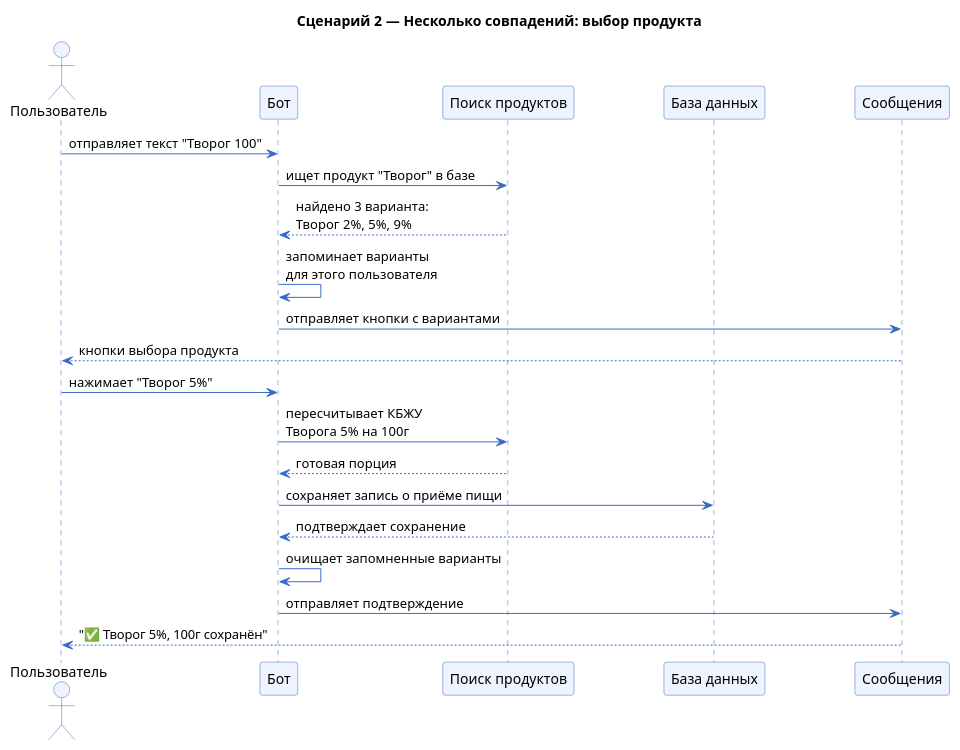
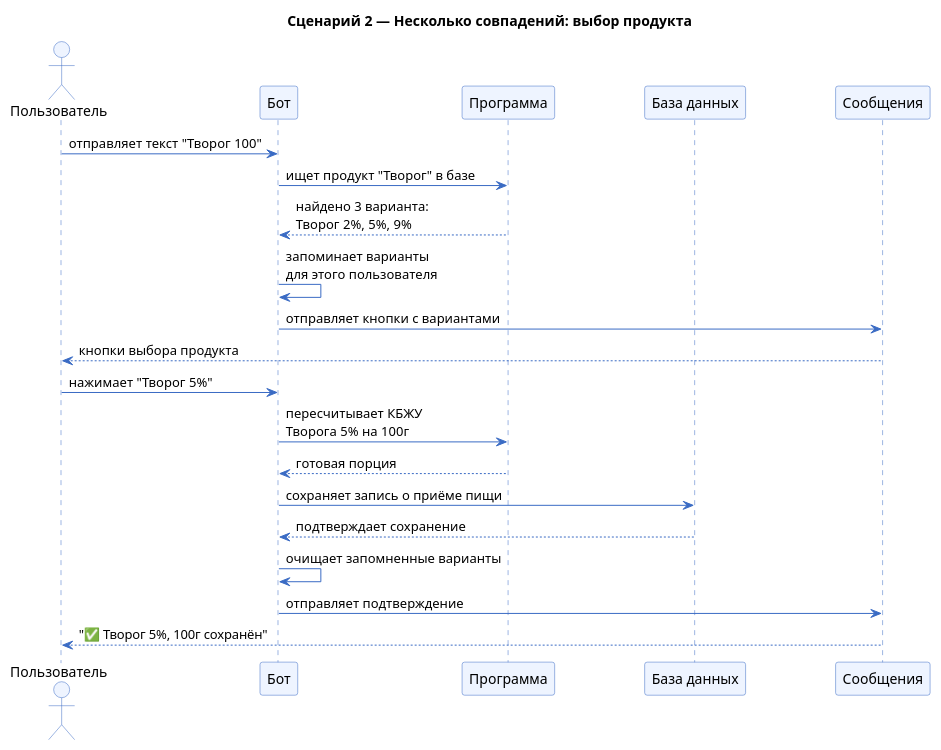
The diagram in Задание 2/seq_2.puml (AD1N23/Spec), drawn with PlantUML before and after one commit. The commit also changed 4 other files, not shown here.

Commit message:
Update classes, seq_1, seq_2, sequence; add MiniApp wireframe

```diff
--- a/Задание 2/seq_2.puml
+++ b/Задание 2/seq_2.puml
@@ -1,36 +1,36 @@
 @startuml seq_2
 skinparam SequenceArrowColor #3A6BC4
 skinparam SequenceLifeLineBorderColor #3A6BC4
 skinparam SequenceParticipantBackgroundColor #EEF4FF
 skinparam SequenceParticipantBorderColor #3A6BC4
 skinparam SequenceActorBackgroundColor #EEF4FF
 skinparam SequenceActorBorderColor #3A6BC4
 skinparam NoteBackgroundColor #FFF9C4
 skinparam NoteBorderColor #B8860B
 skinparam ParticipantPadding 40
 
 title Сценарий 2 — Несколько совпадений: выбор продукта
 
 actor "Пользователь" as User
 participant "Бот" as H
-participant "Поиск продуктов" as FS
+participant "Программа" as FS
 participant "База данных" as DB
 participant "Сообщения" as MS
 
 User -> H : отправляет текст "Творог 100"
 H -> FS : ищет продукт "Творог" в базе
 FS --> H : найдено 3 варианта:\nТворог 2%, 5%, 9%
 H -> H : запоминает варианты\nдля этого пользователя
 H -> MS : отправляет кнопки с вариантами
 MS --> User : кнопки выбора продукта
 
 User -> H : нажимает "Творог 5%"
 H -> FS : пересчитывает КБЖУ\nТворога 5% на 100г
 FS --> H : готовая порция
 H -> DB : сохраняет запись о приёме пищи
 DB --> H : подтверждает сохранение
 H -> H : очищает запомненные варианты
 H -> MS : отправляет подтверждение
 MS --> User : "✅ Творог 5%, 100г сохранён"
 
 @enduml
```
